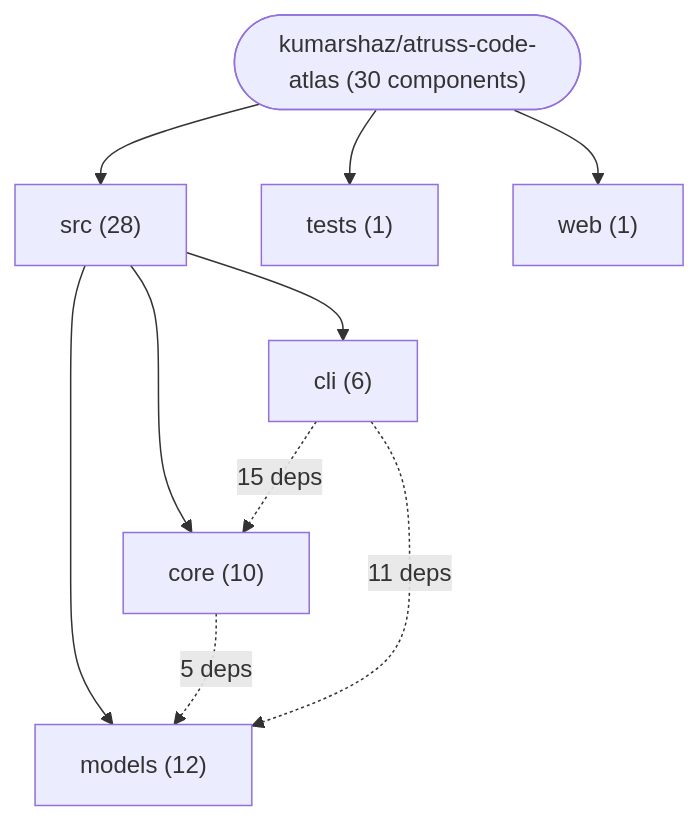
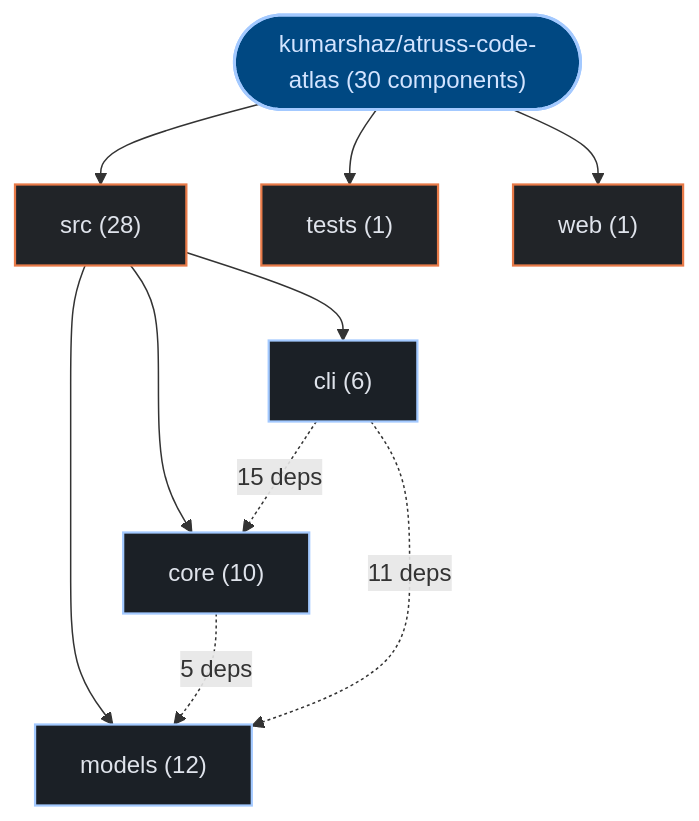
One commit to kumarshaz/atruss-code-atlas changed the first of 3 diagrams in exports/latest/reports/kumarshaz-atruss-code-atlas-report.md. Above: the diagram before and after it, drawn with Mermaid. The commit also changed other lines of this file and 331 other files, not shown here.

Commit message:
docs,ui,fix: update SDLC docs, reorder CI/CD DAG first, stylize Mermaid, and fix Arc42 pipeline topology

````diff
--- a/exports/latest/reports/kumarshaz-atruss-code-atlas-report.md
+++ b/exports/latest/reports/kumarshaz-atruss-code-atlas-report.md
@@ -42,19 +42,26 @@
 ```mermaid
 graph TD;
-    repo_root(["kumarshaz/atruss-code-atlas (30 components)"])
-    dir_0_src["src (28)"]
+  classDef atlasRoot fill:#004882,stroke:#a3c9ff,stroke-width:2px,color:#d3e4ff
+  classDef atlasCategory fill:#212428,stroke:#E87A48,stroke-width:1.5px,color:#dfe3eb
+  classDef atlasWorkflow fill:#1b2026,stroke:#a3c9ff,stroke-width:1.5px,color:#dfe3eb
+  classDef atlasJob fill:#171c22,stroke:#8d9199,stroke-width:1px,color:#dfe3eb
+  classDef atlasTarget fill:#005227,stroke:#8bd99b,stroke-width:1.5px,color:#a7f6b6
+  classDef atlasAlert fill:#93000a,stroke:#ffb4ab,stroke-width:1.5px,color:#ffdad6
+  classDef atlasMore fill:#252a31,stroke:#8d9199,stroke-dasharray:4 4,color:#c3c6cf
+    repo_root(["kumarshaz/atruss-code-atlas (30 components)"]):::atlasRoot
+    dir_0_src["src (28)"]:::atlasCategory
     repo_root --> dir_0_src
-    sub_0_0_models["models (12)"]
+    sub_0_0_models["models (12)"]:::atlasWorkflow
     dir_0_src --> sub_0_0_models
-    sub_0_1_core["core (10)"]
+    sub_0_1_core["core (10)"]:::atlasWorkflow
     dir_0_src --> sub_0_1_core
-    sub_0_2_cli["cli (6)"]
+    sub_0_2_cli["cli (6)"]:::atlasWorkflow
     dir_0_src --> sub_0_2_cli
-    dir_1_tests["tests (1)"]
+    dir_1_tests["tests (1)"]:::atlasCategory
     repo_root --> dir_1_tests
-    dir_2_web["web (1)"]
+    dir_2_web["web (1)"]:::atlasCategory
     repo_root --> dir_2_web
     sub_0_2_cli -.->|"15 deps"| sub_0_1_core
     sub_0_2_cli -.->|"11 deps"| sub_0_0_models
     sub_0_1_core -.->|"5 deps"| sub_0_0_models
 ```
````
